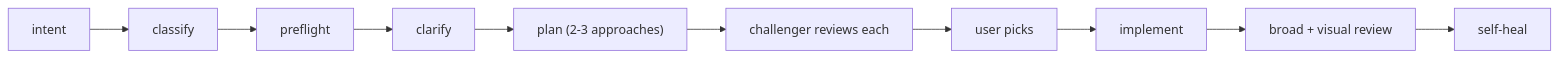
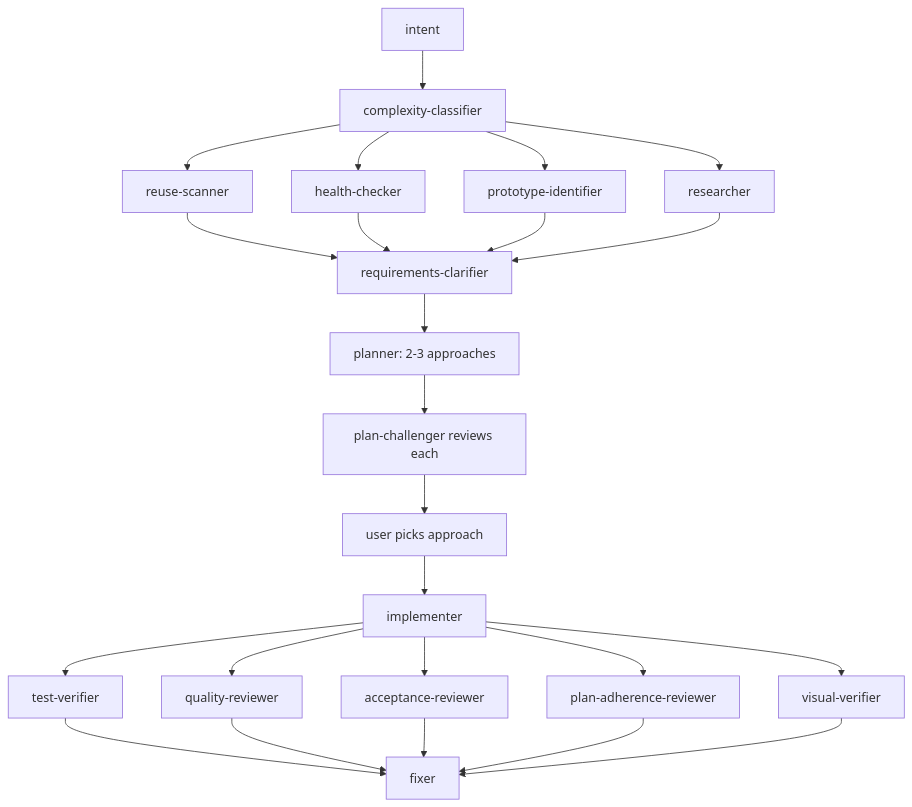
The fourth of 4 diagrams in README.md (alp82/alp-river), drawn with Mermaid before and after one commit. The commit also changed other lines of this file, not shown here.

Commit message:
diagrams

````diff
--- a/README.md
+++ b/README.md
@@ -50,9 +61,12 @@
 ```mermaid
-flowchart LR
-    intent --> classify --> preflight --> clarify
-    clarify --> plan["plan (2-3 approaches)"]
-    plan --> challenge["challenger reviews each"]
-    challenge --> pick[user picks]
-    pick --> implement --> review["broad + visual review"]
-    review --> heal[self-heal]
+flowchart TB
+    intent --> classify[complexity-classifier]
+    classify --> reuse[reuse-scanner] & health[health-checker] & proto[prototype-identifier] & rsrch[researcher]
+    reuse & health & proto & rsrch --> clari[requirements-clarifier]
+    clari --> plan["planner: 2-3 approaches"]
+    plan --> chal["plan-challenger reviews each"]
+    chal --> pick[user picks approach]
+    pick --> impl[implementer]
+    impl --> test[test-verifier] & quality[quality-reviewer] & accept[acceptance-reviewer] & adher[plan-adherence-reviewer] & visual[visual-verifier]
+    test & quality & accept & adher & visual --> heal[fixer]
 ```
````
